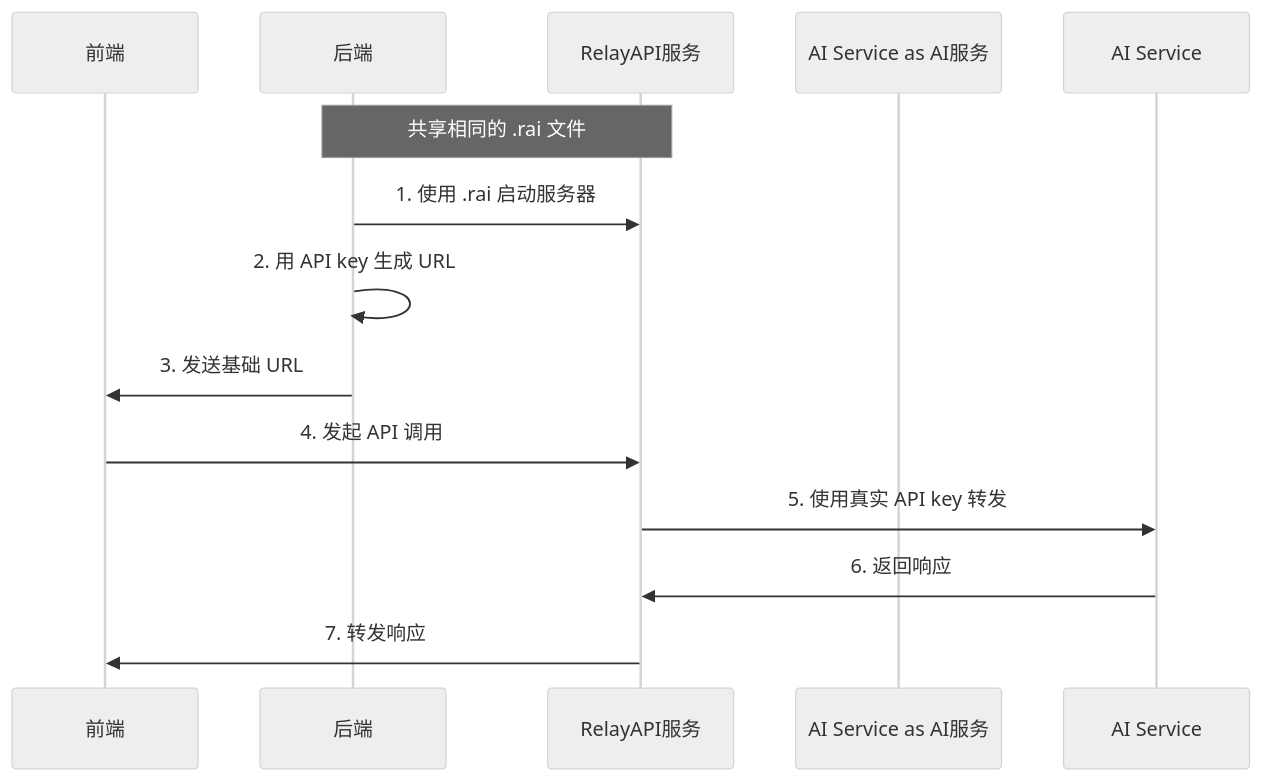
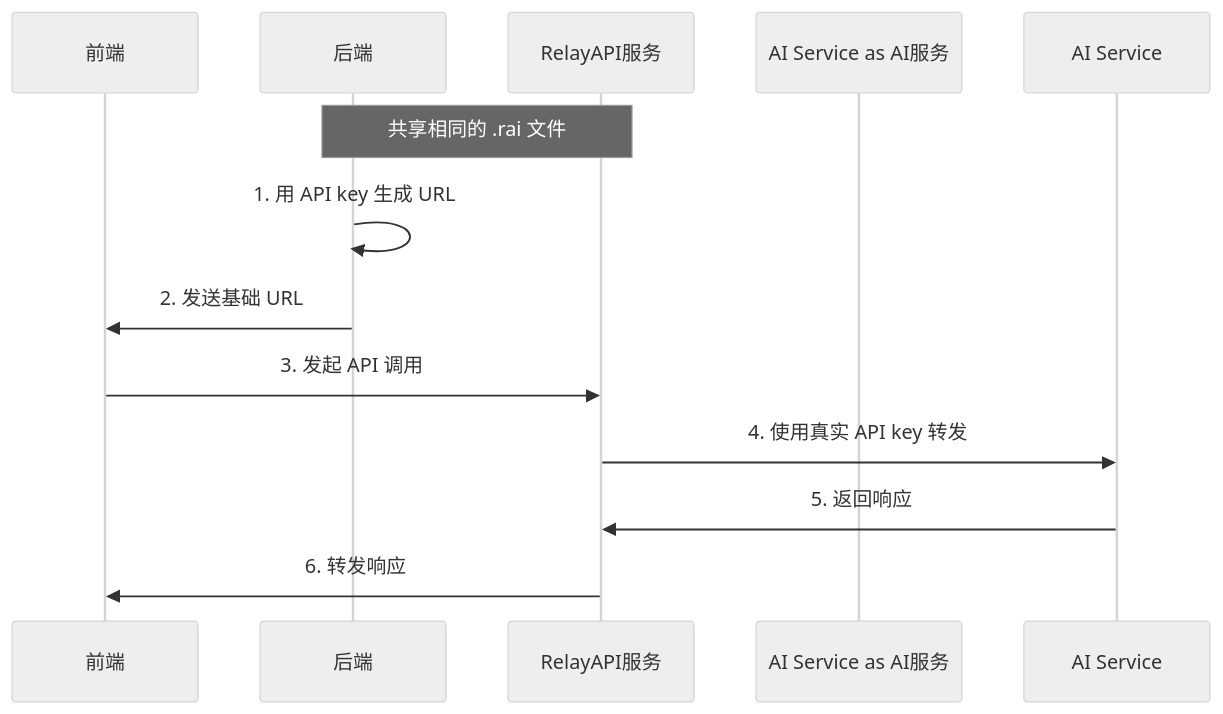
One commit to relayapi/RelayAPI changed the diagram in README_CN.md. Above: the diagram before and after it, drawn with Mermaid (neutral theme). The commit also changed other lines of this file and 1 other file, not shown here.

````diff
--- a/README_CN.md
+++ b/README_CN.md
@@ -38,16 +38,15 @@
 ```mermaid
 sequenceDiagram
     participant Frontend as 前端
     participant Backend as 后端
     participant RelayAPI as RelayAPI服务
     participant AI Service as AI服务
 
     Note over Backend,RelayAPI: 共享相同的 .rai 文件
-    Backend->>RelayAPI: 1. 使用 .rai 启动服务器
-    Backend->>Backend: 2. 用 API key 生成 URL
-    Backend->>Frontend: 3. 发送基础 URL
-    Frontend->>RelayAPI: 4. 发起 API 调用
-    RelayAPI->>AI Service: 5. 使用真实 API key 转发
-    AI Service->>RelayAPI: 6. 返回响应
-    RelayAPI->>Frontend: 7. 转发响应
+    Backend->>Backend: 1. 用 API key 生成 URL
+    Backend->>Frontend: 2. 发送基础 URL
+    Frontend->>RelayAPI: 3. 发起 API 调用
+    RelayAPI->>AI Service: 4. 使用真实 API key 转发
+    AI Service->>RelayAPI: 5. 返回响应
+    RelayAPI->>Frontend: 6. 转发响应
 ```
````
